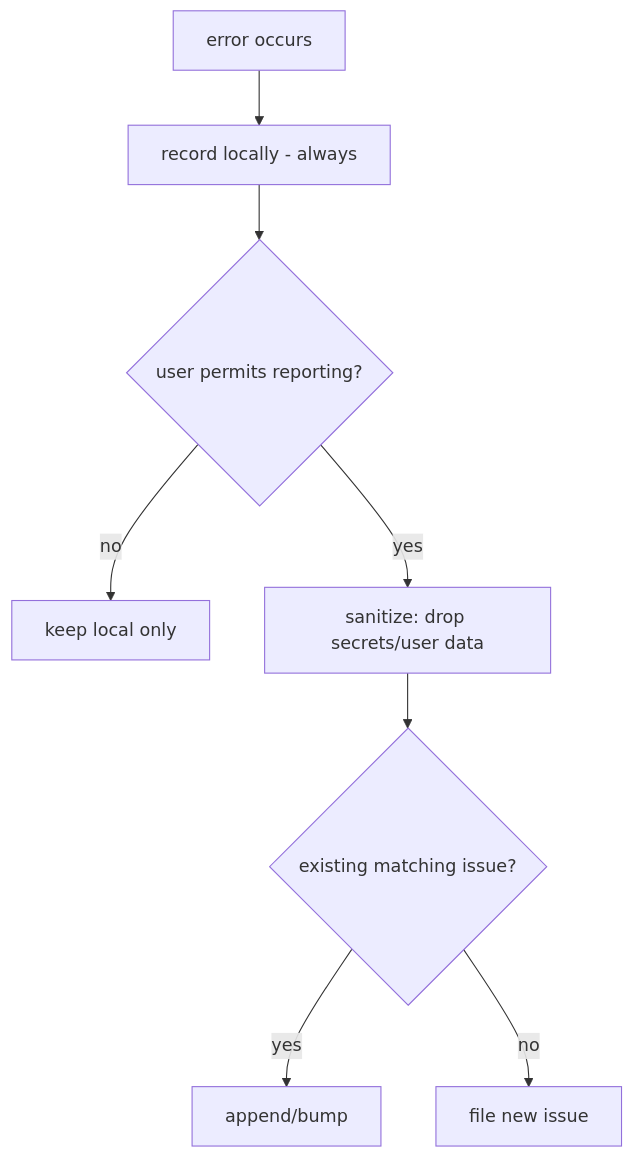
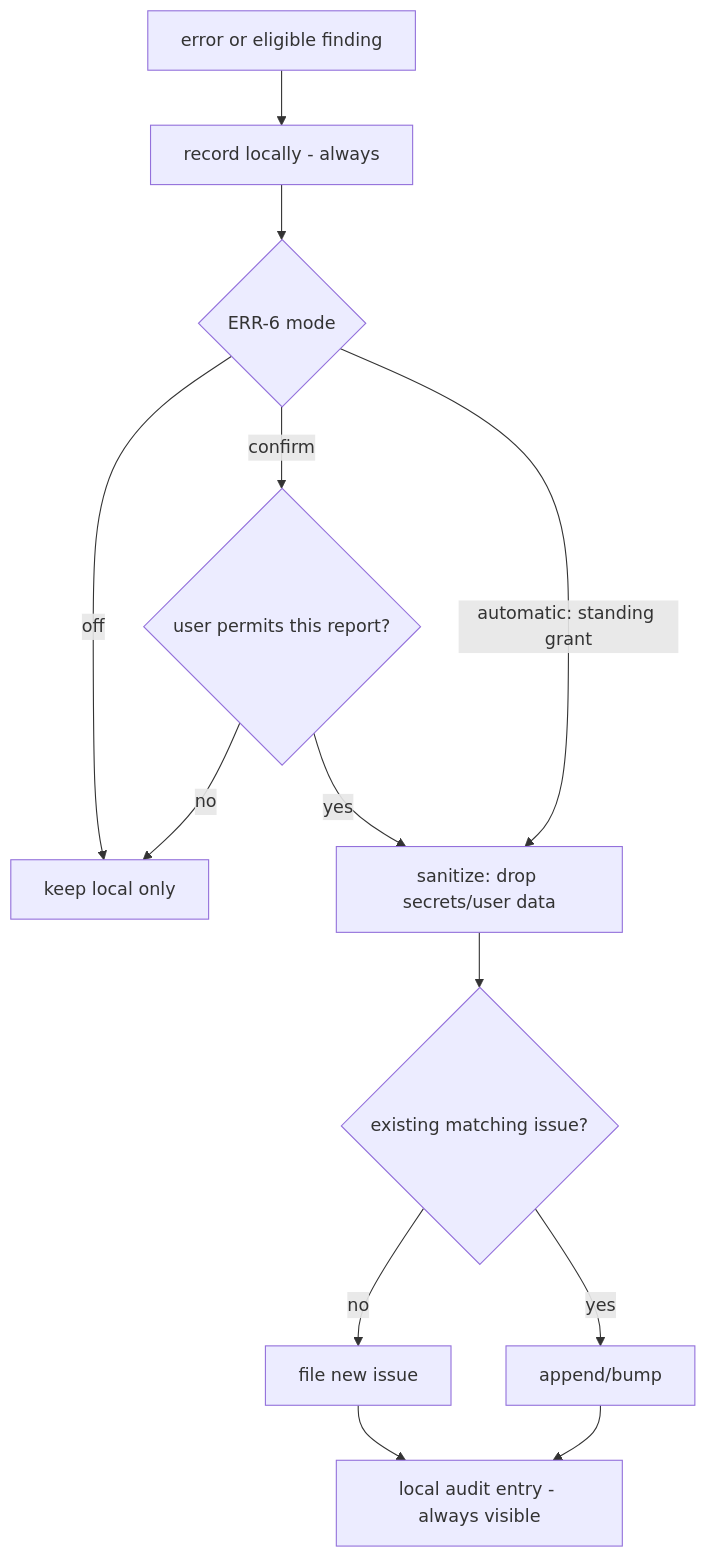
Before and after one commit to teratron/cronus: the diagram in .design/main/specifications/l1-error-reporting.md, drawn with Mermaid. The commit also changed other lines of this file and 7 other files, not shown here.

First line of the commit message:
feat: Update specifications for self-healing and error reporting

````diff
--- a/.design/main/specifications/l1-error-reporting.md
+++ b/.design/main/specifications/l1-error-reporting.md
@@ -40,10 +43,15 @@
 ```mermaid
 graph TD
-    ERR[error occurs] --> LOG[record locally - always]
-    LOG --> CONSENT{user permits reporting?}
-    CONSENT -->|no| STOP[keep local only]
-    CONSENT -->|yes| SCRUB[sanitize: drop secrets/user data]
+    ERR[error or eligible finding] --> LOG[record locally - always]
+    LOG --> MODE{ERR-6 mode}
+    MODE -->|off| STOP[keep local only]
+    MODE -->|confirm| ASK{user permits this report?}
+    ASK -->|no| STOP
+    ASK -->|yes| SCRUB[sanitize: drop secrets/user data]
+    MODE -->|automatic: standing grant| SCRUB
     SCRUB --> DEDUP{existing matching issue?}
     DEDUP -->|yes| UPDATE[append/bump]
     DEDUP -->|no| CREATE[file new issue]
+    CREATE --> AUDIT[local audit entry - always visible]
+    UPDATE --> AUDIT
 ```
````
